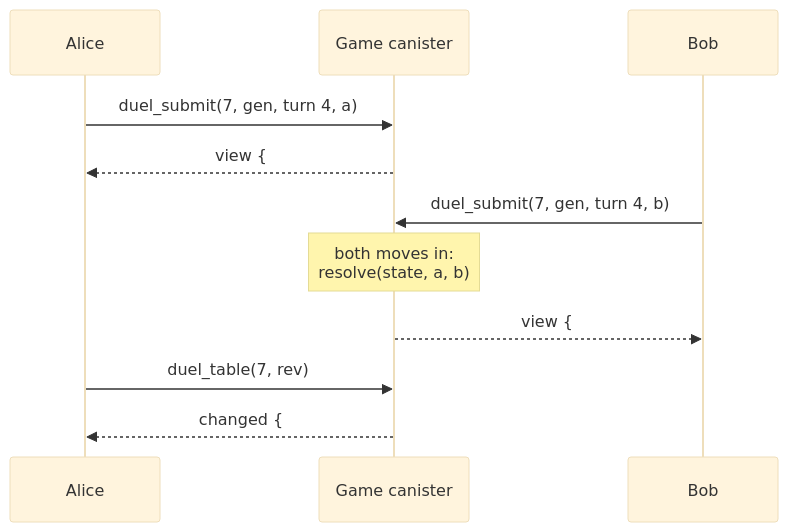
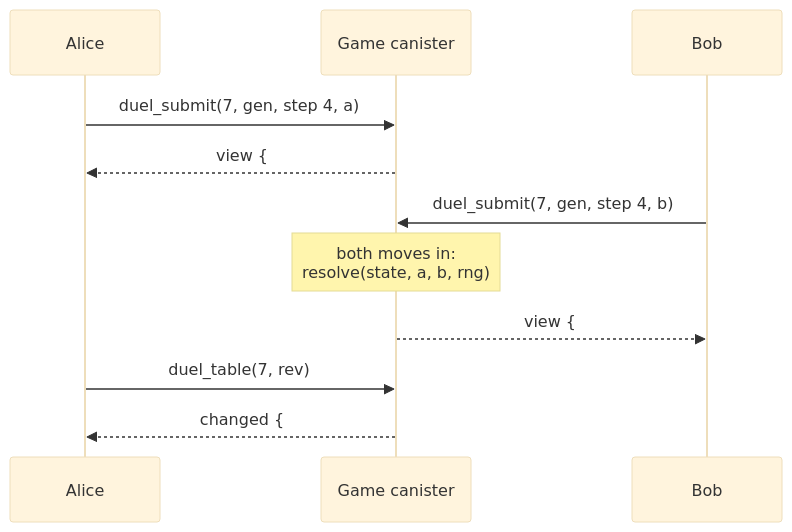
One commit to research-ag/duel-core changed the sixth of 9 diagrams in DESIGN.md. Above: the diagram before and after it, drawn with Mermaid (base theme). The commit also changed other lines of this file and 23 other files, not shown here.

````diff
--- a/DESIGN.md
+++ b/DESIGN.md
@@ -254,13 +345,13 @@
 ```mermaid
 sequenceDiagram
   participant A as Alice
   participant C as Game canister
   participant B as Bob
-  A->>C: duel_submit(7, gen, turn 4, a)
+  A->>C: duel_submit(7, gen, step 4, a)
   C-->>A: view { #inGame, youSubmitted, oppSubmitted = false }
-  B->>C: duel_submit(7, gen, turn 4, b)
-  Note over C: both moves in:<br/>resolve(state, a, b)
-  C-->>B: view { #inGame, turn 5, new state }
+  B->>C: duel_submit(7, gen, step 4, b)
+  Note over C: both moves in:<br/>resolve(state, a, b, rng)
+  C-->>B: view { #inGame, step 5, new state }
   A->>C: duel_table(7, rev)
-  C-->>A: changed { #inGame, turn 5, new state }
+  C-->>A: changed { #inGame, step 5, new state }
 ```
````
